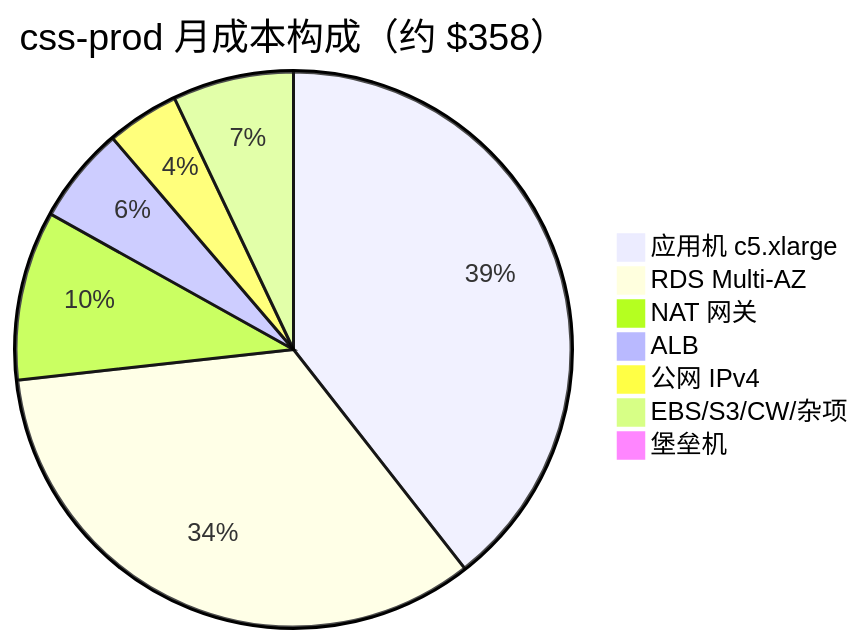
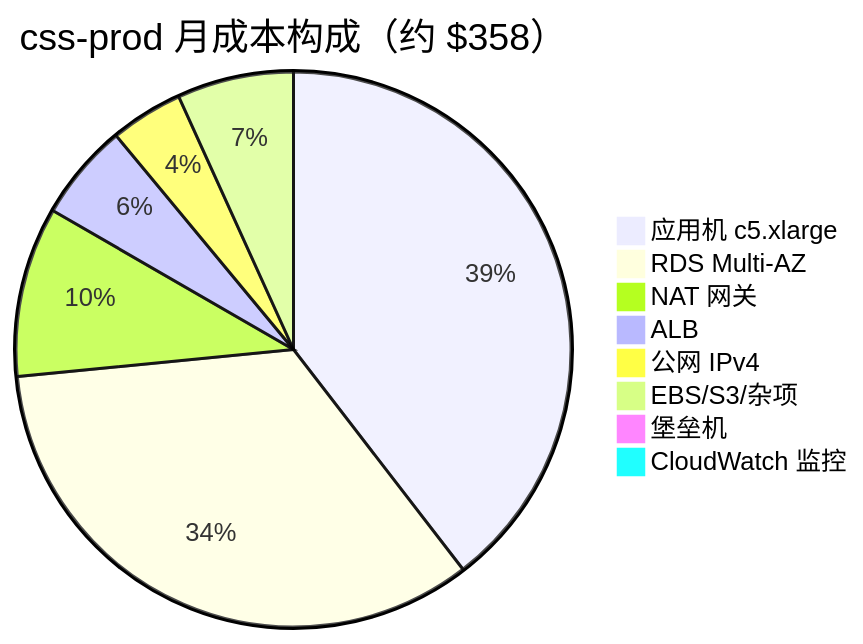
The second of 2 diagrams in docs/环境/成本价格表.md (WenchaoChen1/CSS), drawn with Mermaid before and after one commit. The commit also changed other lines of this file and 54 other files, not shown here.

````diff
--- a/docs/环境/成本价格表.md
+++ b/docs/环境/成本价格表.md
@@ -41,10 +90,11 @@
 ```mermaid
 pie title css-prod 月成本构成（约 $358）
     "应用机 c5.xlarge" : 140
     "RDS Multi-AZ" : 120
     "NAT 网关" : 35
     "ALB" : 20
     "公网 IPv4" : 15
-    "EBS/S3/CW/杂项" : 25
+    "EBS/S3/杂项" : 24
     "堡垒机" : 3
+    "CloudWatch 监控" : 1
 ```
````
